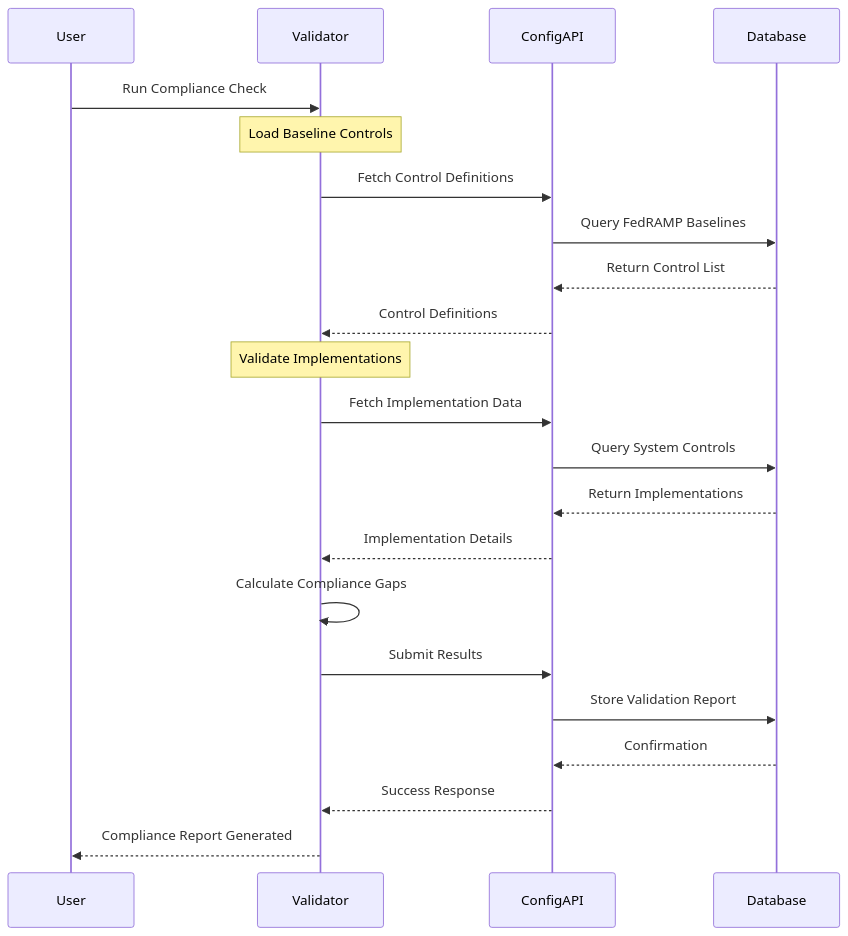
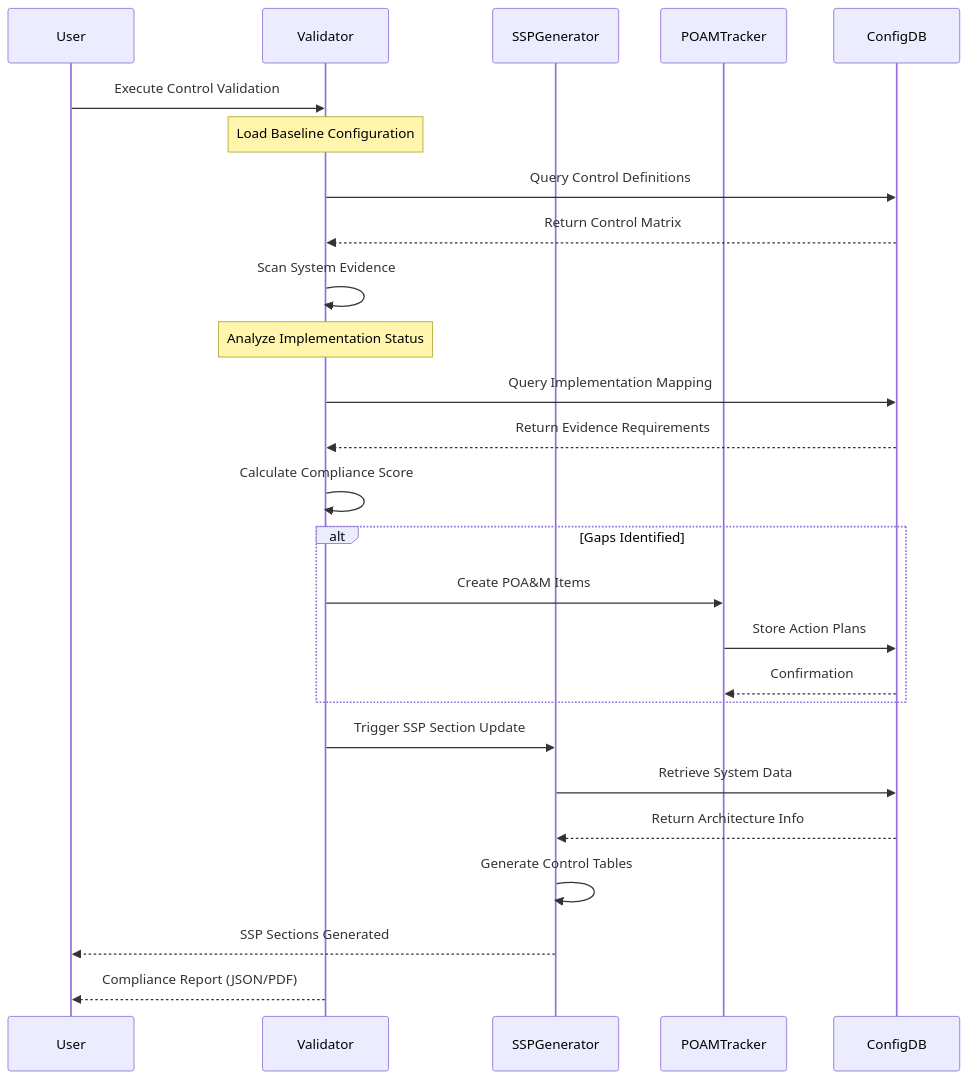
Before and after one commit to Suren-Jewels/Scripts-Toolkit: the fourth of 4 diagrams in security-compliance/fedramp/README.md, drawn with Mermaid. The commit also changed other lines of this file, not shown here.

````diff
--- a/security-compliance/fedramp/README.md
+++ b/security-compliance/fedramp/README.md
@@ -172,30 +183,37 @@
 ```mermaid
 sequenceDiagram
     participant User
     participant Validator
-    participant ConfigAPI
-    participant Database
+    participant SSPGenerator
+    participant POAMTracker
+    participant ConfigDB
     
-    User->>Validator: Run Compliance Check
-    Note over Validator: Load Baseline Controls
-    Validator->>ConfigAPI: Fetch Control Definitions
-    ConfigAPI->>Database: Query FedRAMP Baselines
-    Database-->>ConfigAPI: Return Control List
-    ConfigAPI-->>Validator: Control Definitions
+    User->>Validator: Execute Control Validation
+    Note over Validator: Load Baseline Configuration
+    Validator->>ConfigDB: Query Control Definitions
+    ConfigDB-->>Validator: Return Control Matrix
     
-    Note over Validator: Validate Implementations
+    Validator->>Validator: Scan System Evidence
     
-    Validator->>ConfigAPI: Fetch Implementation Data
-    ConfigAPI->>Database: Query System Controls
-    Database-->>ConfigAPI: Return Implementations
-    ConfigAPI-->>Validator: Implementation Details
+    Note over Validator: Analyze Implementation Status
     
-    Validator->>Validator: Calculate Compliance Gaps
+    Validator->>ConfigDB: Query Implementation Mapping
+    ConfigDB-->>Validator: Return Evidence Requirements
     
-    Validator->>ConfigAPI: Submit Results
-    ConfigAPI->>Database: Store Validation Report
-    Database-->>ConfigAPI: Confirmation
-    ConfigAPI-->>Validator: Success Response
+    Validator->>Validator: Calculate Compliance Score
     
-    Validator-->>User: Compliance Report Generated
+    alt Gaps Identified
+        Validator->>POAMTracker: Create POA&M Items
+        POAMTracker->>ConfigDB: Store Action Plans
+        ConfigDB-->>POAMTracker: Confirmation
+    end
+    
+    Validator->>SSPGenerator: Trigger SSP Section Update
+    SSPGenerator->>ConfigDB: Retrieve System Data
+    ConfigDB-->>SSPGenerator: Return Architecture Info
+    
+    SSPGenerator->>SSPGenerator: Generate Control Tables
+    
+    SSPGenerator-->>User: SSP Sections Generated
+    Validator-->>User: Compliance Report (JSON/PDF)
 ```
````
